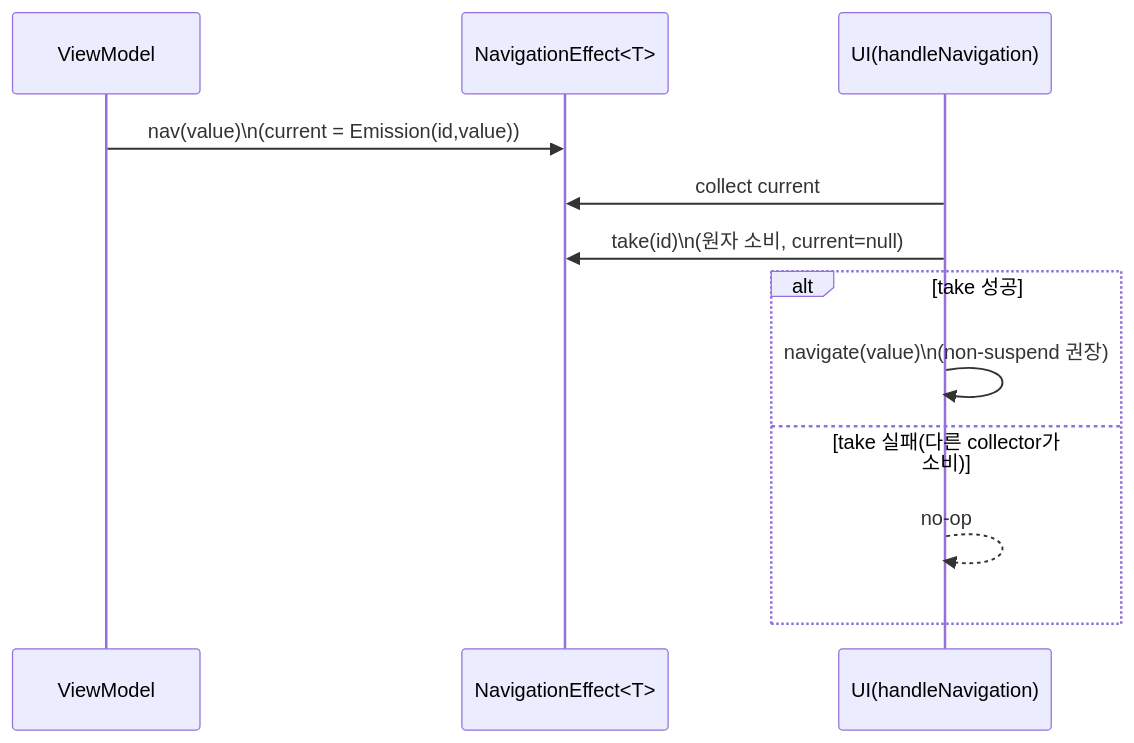
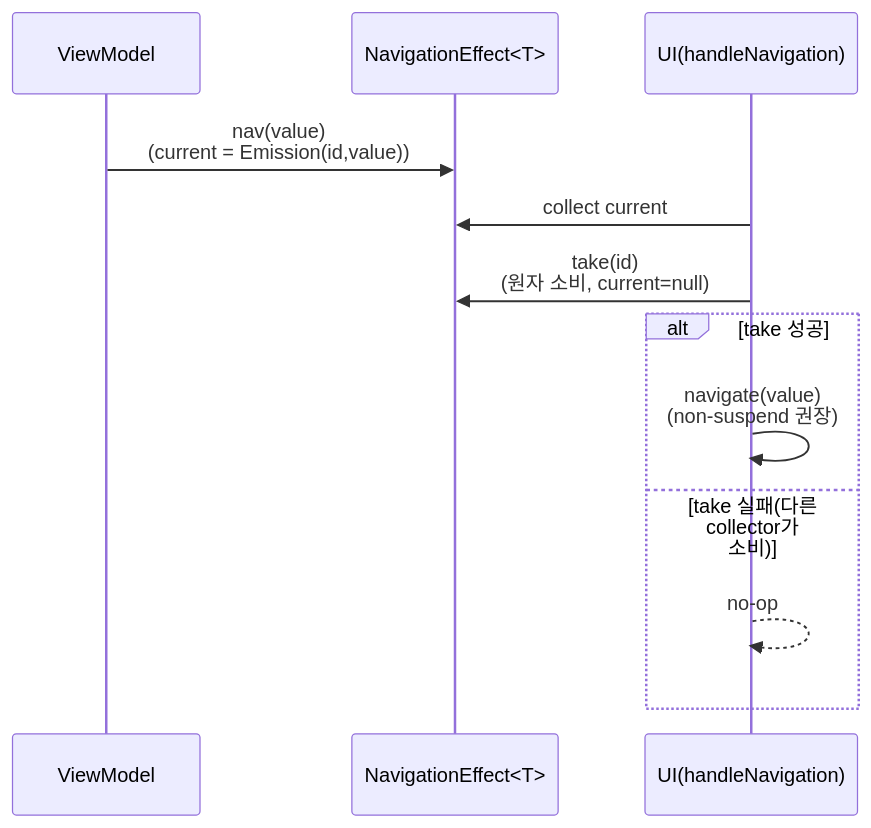
One commit to kez-lab/kez-lab.github.io changed the third of 3 diagrams in _posts/2026/02/2026-02-17-viewmodel-single-event.md. Above: the diagram before and after it, drawn with Mermaid. The commit also changed other lines of this file, not shown here.

Commit message:
docs: fix mermaid syntax in viewmodel single-event post

````diff
--- a/_posts/2026/02/2026-02-17-viewmodel-single-event.md
+++ b/_posts/2026/02/2026-02-17-viewmodel-single-event.md
@@ -134,15 +134,15 @@
 ```mermaid
 sequenceDiagram
   participant VM as ViewModel
   participant NE as NavigationEffect<T>
   participant UI as UI(handleNavigation)
 
-  VM->>NE: nav(value)\n(current = Emission(id,value))
+  VM->>NE: nav(value)<br/>(current = Emission(id,value))
   UI->>NE: collect current
-  UI->>NE: take(id)\n(원자 소비, current=null)
+  UI->>NE: take(id)<br/>(원자 소비, current=null)
   alt take 성공
-    UI->>UI: navigate(value)\n(non-suspend 권장)
+    UI->>UI: navigate(value)<br/>(non-suspend 권장)
   else take 실패(다른 collector가 소비)
     UI-->>UI: no-op
   end
 ```
````
